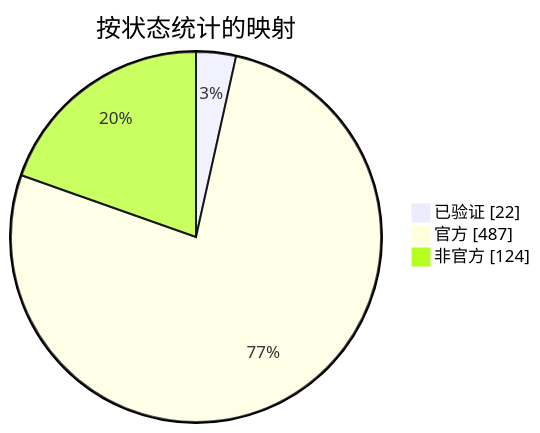
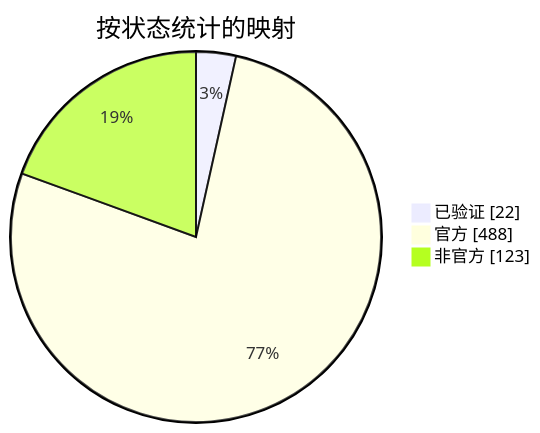
Before and after one commit to nobrega8/mbmap-library: the diagram in docs/readme/README_ZHS.md, drawn with Mermaid. The commit also changed 6 other files, not shown here.

````diff
--- a/docs/readme/README_ZHS.md
+++ b/docs/readme/README_ZHS.md
@@ -54,7 +54,7 @@
 ```mermaid
 pie showData
     title 按状态统计的映射
     "已验证" : 22
-    "官方" : 487
-    "非官方" : 124
+    "官方" : 488
+    "非官方" : 123
 ```
````
